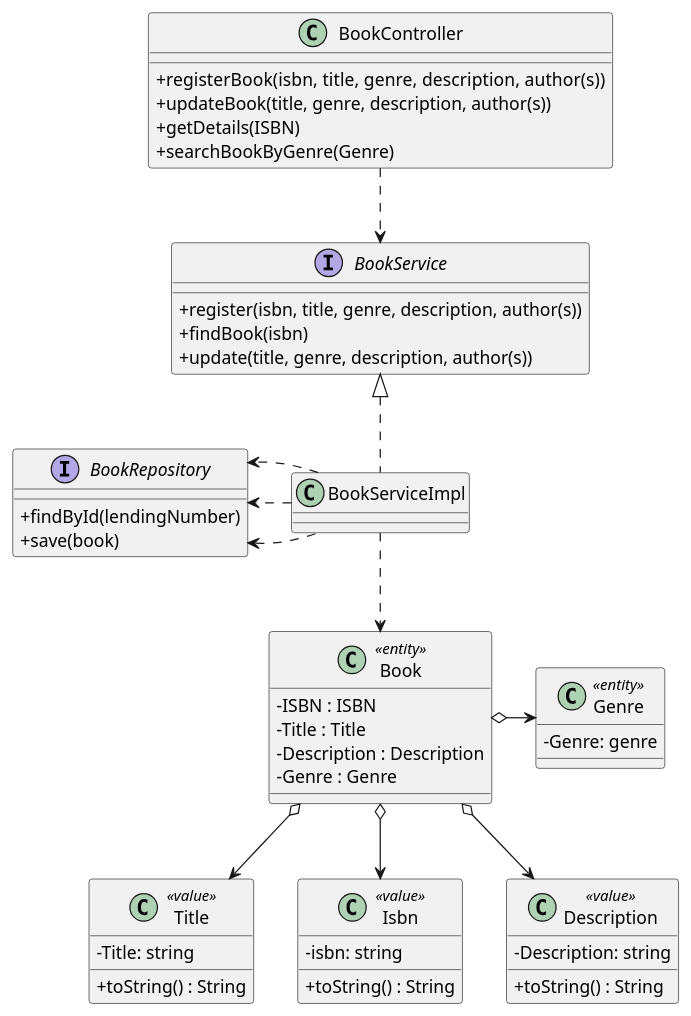
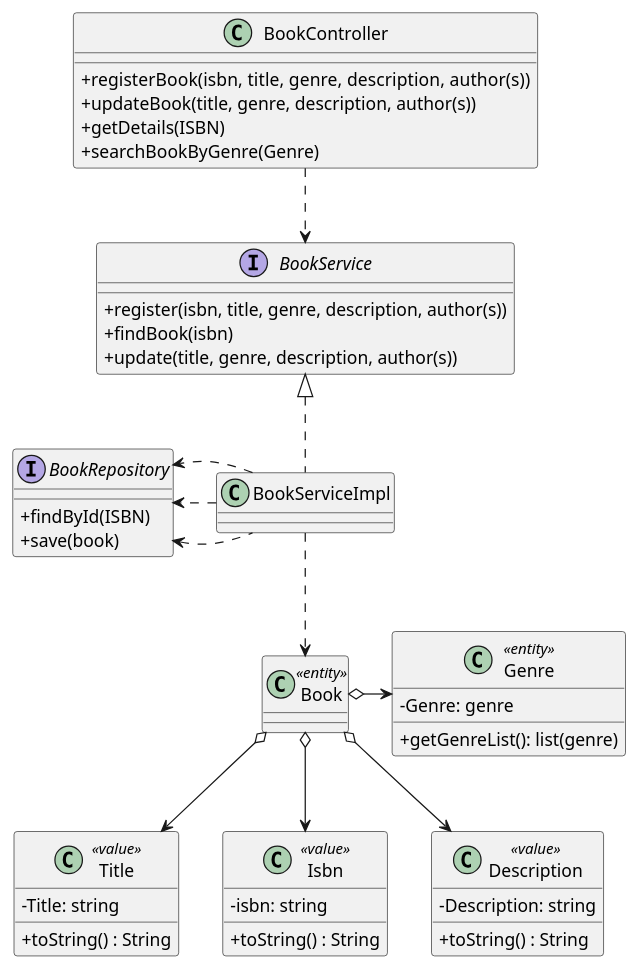
One commit to rutemf/1220944_1220772_G01 changed the diagram in Docs/Phase1/WP2A-Books/WP2A-Books-CD.puml. Above: the diagram before and after it, drawn with PlantUML. The commit also changed 2 other files, not shown here.

```diff
--- a/Docs/Phase1/WP2A-Books/WP2A-Books-CD.puml
+++ b/Docs/Phase1/WP2A-Books/WP2A-Books-CD.puml
@@ -1,65 +1,63 @@
 @startuml
 
 'hide circle
 skinparam classAttributeIconSize 0
 
 class BookController {
     + registerBook(isbn,  title, genre, description, author(s))
     + updateBook(title, genre, description, author(s))
     + getDetails(ISBN)
     + searchBookByGenre(Genre)
 }
 
 interface BookRepository {
-    + findById(lendingNumber)
+    + findById(ISBN)
     + save(book)
 }
 
 interface BookService {
     + register(isbn, title, genre, description, author(s))
     + findBook(isbn)
     + update(title, genre, description, author(s))
 }
 
 class BookServiceImpl implements BookService{
 }
 
 class Book <<entity>>{
-    - ISBN : ISBN
-    - Title : Title
-    - Description : Description
-    - Genre : Genre
+
 }
 
 class Title <<value>>{
     - Title: string
     + toString() : String
 }
 
 class Isbn <<value>>{
     - isbn: string
     + toString() : String
 }
 
 class Description <<value>>{
     - Description: string
     + toString() : String
 }
 
 class Genre <<entity>>{
    - Genre: genre
+   + getGenreList(): list(genre)
 }
 
 Book o--> Isbn
 Book o--> Title
 Book o--> Description
 Book o-> Genre
 
 BookServiceImpl ..> Book
 
 BookController ..> BookService
 BookServiceImpl .left.> BookRepository
 BookServiceImpl ..> BookRepository
 BookServiceImpl .right.> BookRepository
 
 @enduml
```
